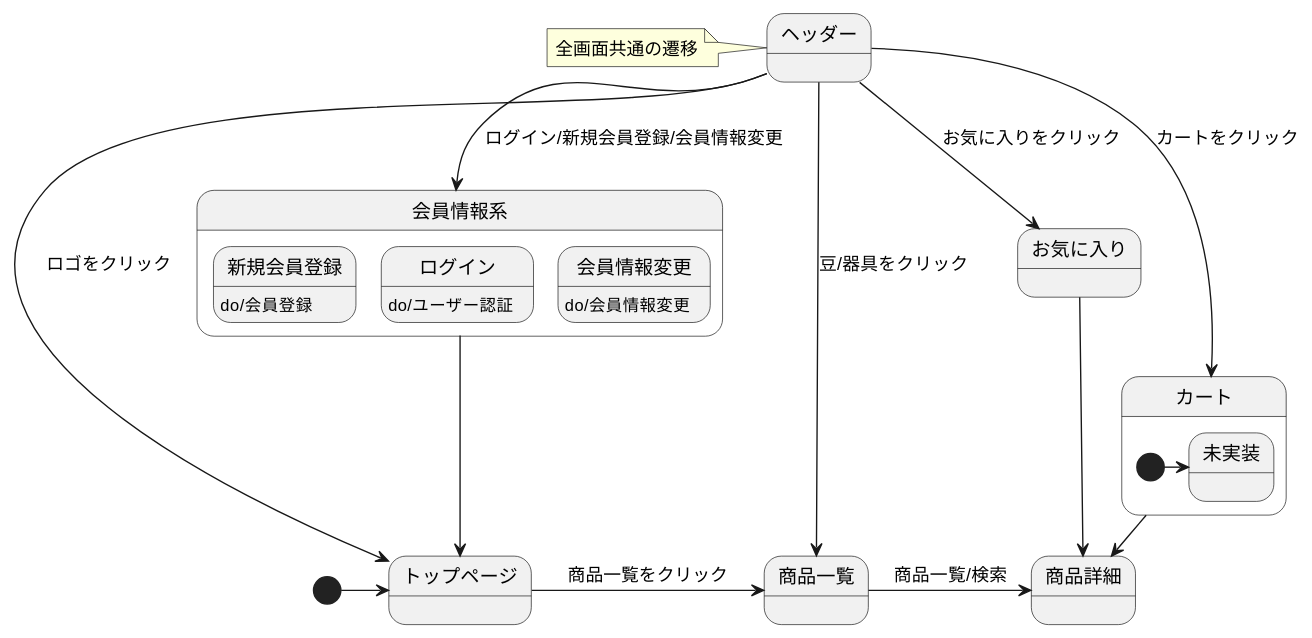
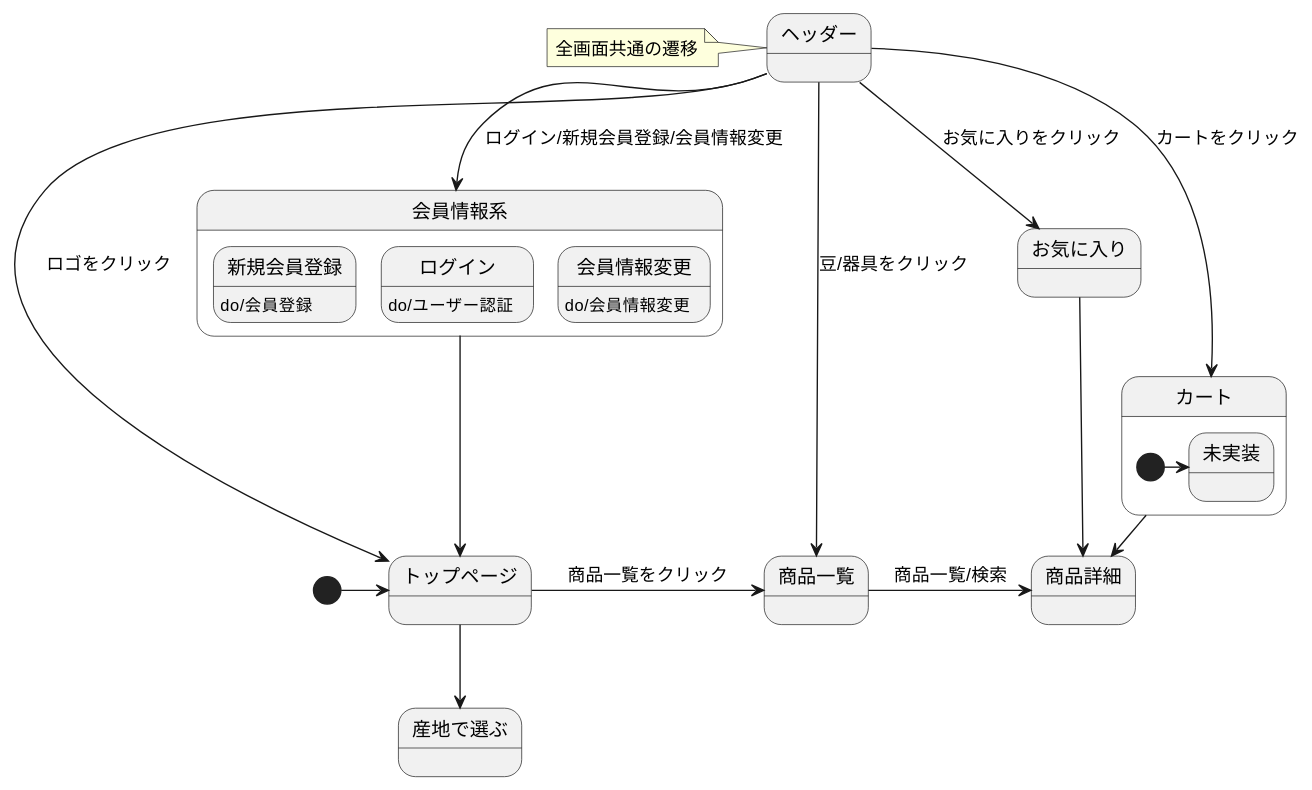
The diagram in 03_画面遷移図/stm_03.md (Aso2101122/coffeeEC), drawn with PlantUML before and after one commit.

````diff
--- a/03_画面遷移図/stm_03.md
+++ b/03_画面遷移図/stm_03.md
@@ -2,31 +2,32 @@
 ```uml
 @startuml
 [*]-right->トップページ
 トップページ-right->商品一覧: 商品一覧をクリック
+トップページ-->産地で選ぶ
 商品一覧->商品詳細: 商品一覧/検索
 お気に入り-down->商品詳細
 カート->商品詳細: 商品をクリック
 
 state ヘッダー{
 }
 note left of ヘッダー: 全画面共通の遷移
 
 
 ヘッダー-down->トップページ: ロゴをクリック
 ヘッダー-down->商品一覧: 豆/器具をクリック
 ヘッダー-down->会員情報系: ログイン/新規会員登録/会員情報変更
 ヘッダー-down->お気に入り: お気に入りをクリック
 ヘッダー-down->カート: カートをクリック
 
 state 会員情報系{
 新規会員登録 : do/会員登録
 ログイン : do/ユーザー認証
 会員情報変更 : do/会員情報変更
 }
 会員情報系-down->トップページ
 
 state カート{
 [*]-right->未実装
 }
 @enduml
 ```
````
